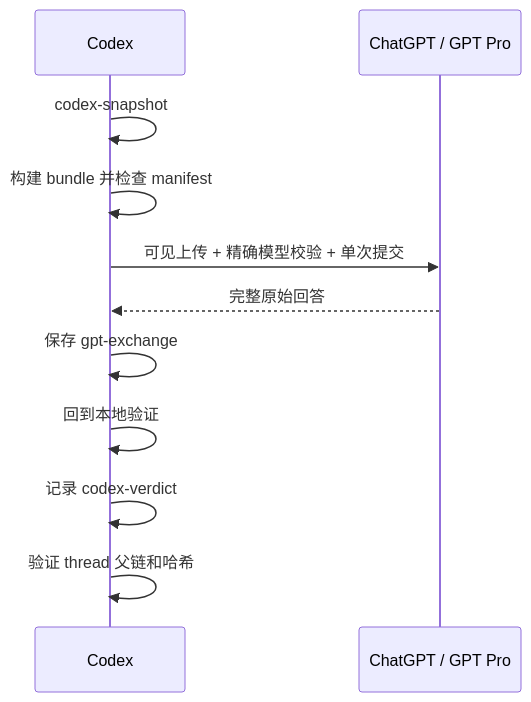
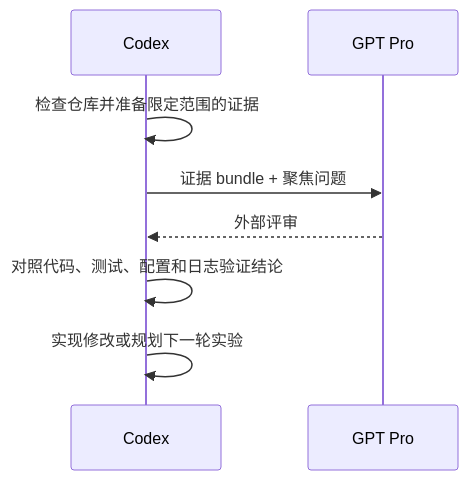
One commit to WILLOSCAR/codex-pro-bridge changed the diagram in README.zh-CN.md. Above: the diagram before and after it, drawn with Mermaid. The commit also changed other lines of this file and 5 other files, not shown here.

````diff
--- a/README.zh-CN.md
+++ b/README.zh-CN.md
@@ -80,13 +38,10 @@
 ```mermaid
 sequenceDiagram
   participant C as Codex
-  participant G as ChatGPT / GPT Pro
-  C->>C: codex-snapshot
-  C->>C: 构建 bundle 并检查 manifest
-  C->>G: 可见上传 + 精确模型校验 + 单次提交
-  G-->>C: 完整原始回答
-  C->>C: 保存 gpt-exchange
-  C->>C: 回到本地验证
-  C->>C: 记录 codex-verdict
-  C->>C: 验证 thread 父链和哈希
+  participant G as GPT Pro
+  C->>C: 检查仓库并准备限定范围的证据
+  C->>G: 证据 bundle + 聚焦问题
+  G-->>C: 外部评审
+  C->>C: 对照代码、测试、配置和日志验证结论
+  C->>C: 实现修改或规划下一轮实验
 ```
````
